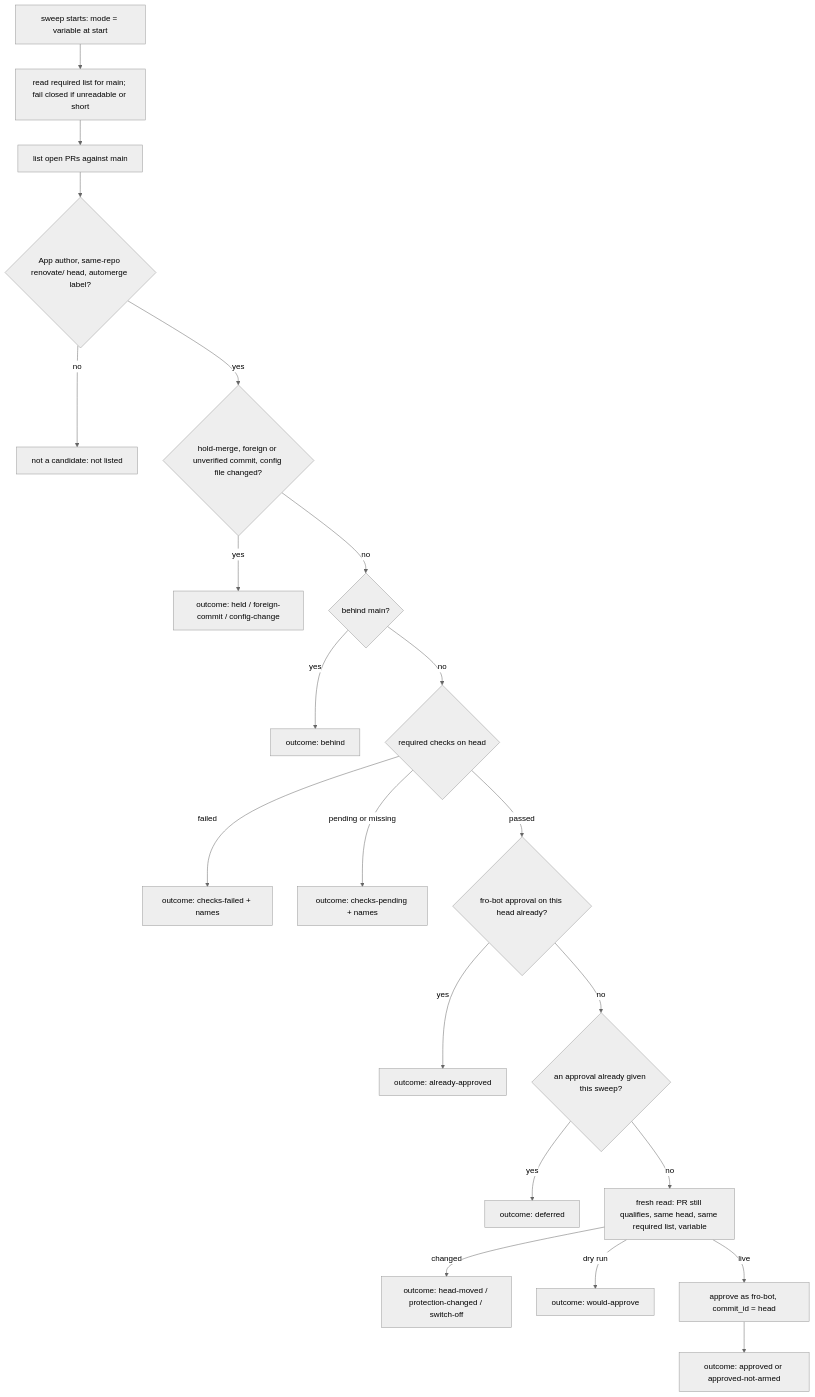
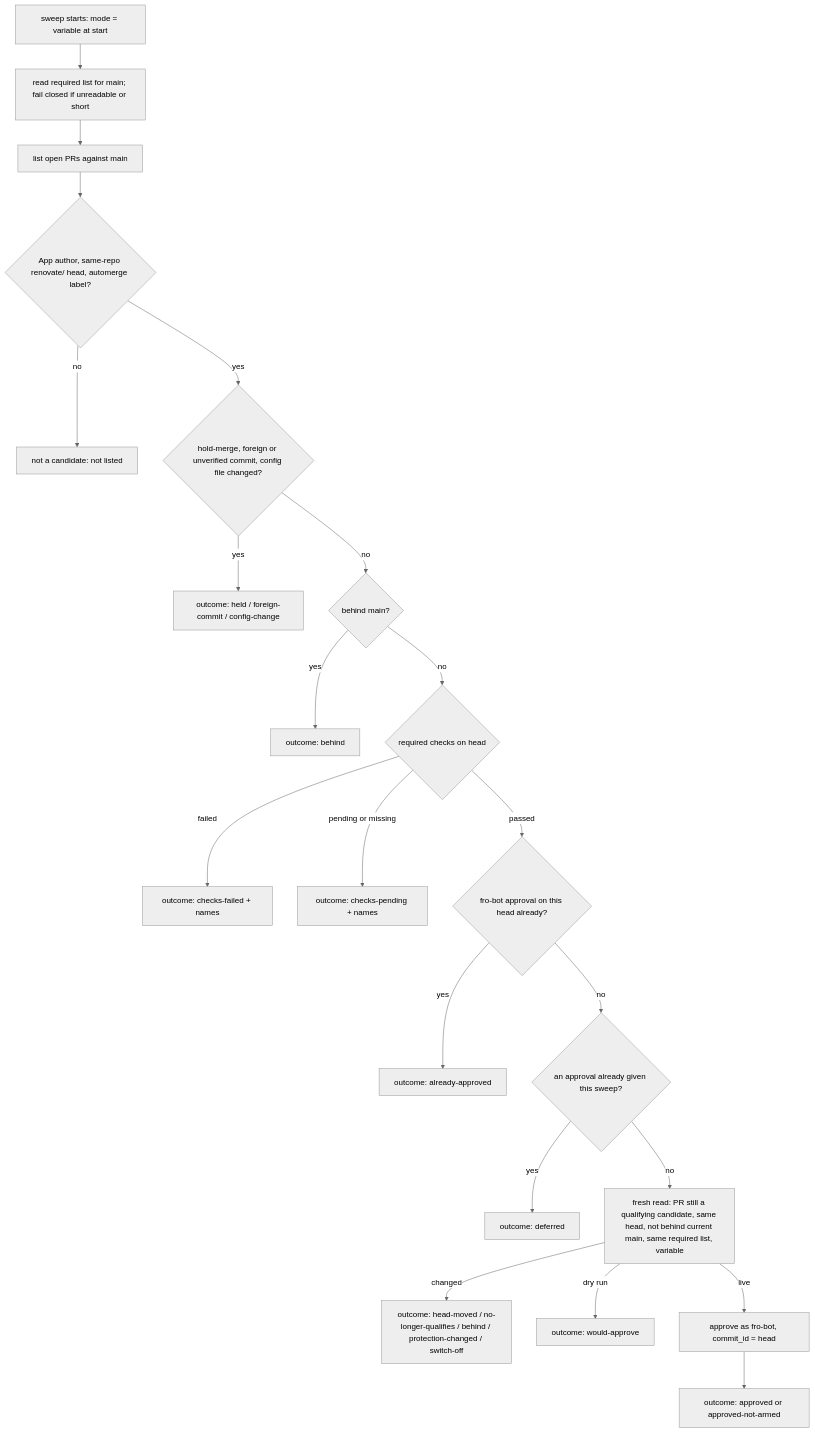
Before and after one commit to fro-bot/.github: the diagram in docs/plans/2026-11-11-001-feat-renovate-automerge-approval-plan.md, drawn with Mermaid (neutral theme). The commit also changed other lines of this file, not shown here.

````diff
--- a/docs/plans/2026-11-11-001-feat-renovate-automerge-approval-plan.md
+++ b/docs/plans/2026-11-11-001-feat-renovate-automerge-approval-plan.md
@@ -178,23 +181,23 @@
 ```mermaid
 flowchart TD
   S[sweep starts: mode = variable at start] --> P[read required list for main; fail closed if unreadable or short]
   P --> L[list open PRs against main]
   L --> C{App author, same-repo renovate/ head, automerge label?}
   C -- no --> X[not a candidate: not listed]
   C -- yes --> Q{hold-merge, foreign or unverified commit, config file changed?}
   Q -- yes --> O1[outcome: held / foreign-commit / config-change]
   Q -- no --> U{behind main?}
   U -- yes --> O2[outcome: behind]
   U -- no --> K{required checks on head}
   K -- failed --> O3[outcome: checks-failed + names]
   K -- pending or missing --> O4[outcome: checks-pending + names]
   K -- passed --> A{fro-bot approval on this head already?}
   A -- yes --> O5[outcome: already-approved]
   A -- no --> B{an approval already given this sweep?}
   B -- yes --> O6[outcome: deferred]
-  B -- no --> F[fresh read: PR still qualifies, same head, same required list, variable]
-  F -- changed --> O7[outcome: head-moved / protection-changed / switch-off]
+  B -- no --> F[fresh read: PR still a qualifying candidate, same head, not behind current main, same required list, variable]
+  F -- changed --> O7[outcome: head-moved / no-longer-qualifies / behind / protection-changed / switch-off]
   F -- dry run --> O8[outcome: would-approve]
   F -- live --> R[approve as fro-bot, commit_id = head]
   R --> O9[outcome: approved or approved-not-armed]
 ```
````
